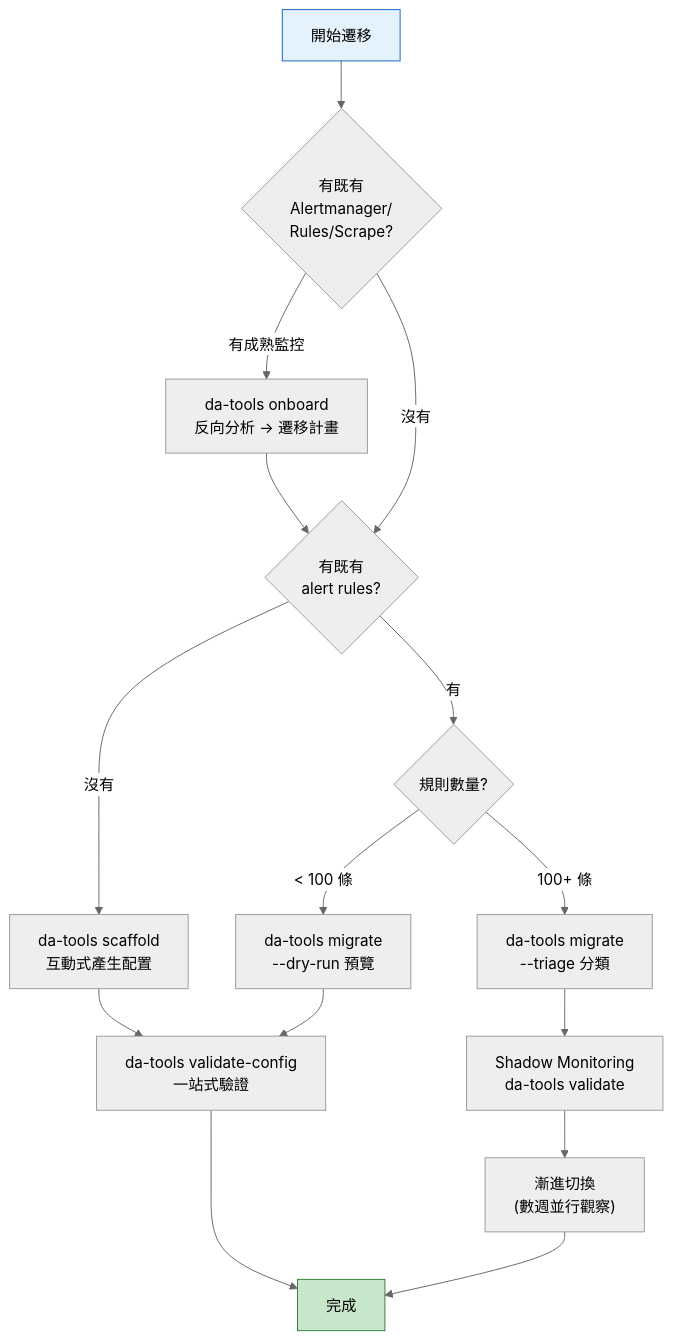
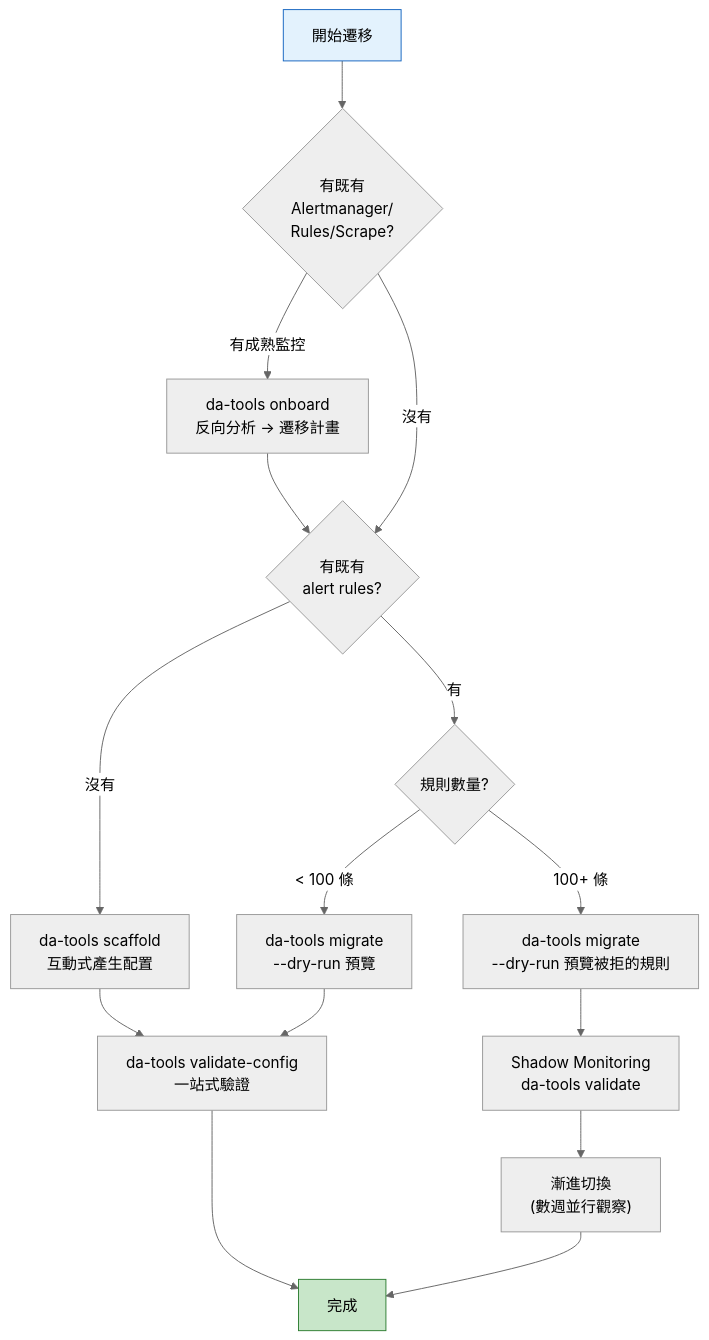
One commit to vencil/Dynamic-Alerting-Integrations changed the diagram in docs/migration-guide.md. Above: the diagram before and after it, drawn with Mermaid (neutral theme). The commit also changed other lines of this file and 90 other files, not shown here.

First line of the commit message:
feat(tools)!: migrate-rule 原樣遷移一個租戶的規則（#4226） (#4341)

````diff
--- a/docs/migration-guide.md
+++ b/docs/migration-guide.md
@@ -49,20 +49,20 @@
 ```mermaid
 flowchart TD
     Start["開始遷移"] --> Q0{"有既有<br/>Alertmanager/<br/>Rules/Scrape?"}
     Q0 -->|"有成熟監控"| S0["da-tools onboard<br/>反向分析 → 遷移計畫"]
     Q0 -->|"沒有"| Q1{"有既有<br/>alert rules?"}
     S0 --> Q1
     Q1 -->|"沒有"| S1["da-tools scaffold<br/>互動式產生配置"]
     Q1 -->|"有"| Q2{"規則數量?"}
     Q2 -->|"< 100 條"| S2["da-tools migrate<br/>--dry-run 預覽"]
-    Q2 -->|"100+ 條"| S3["da-tools migrate<br/>--triage 分類"]
+    Q2 -->|"100+ 條"| S3["da-tools migrate<br/>--dry-run 預覽被拒的規則"]
     S2 --> V["da-tools validate-config<br/>一站式驗證"]
     S3 --> S4["Shadow Monitoring<br/>da-tools validate"]
     S4 --> S5["漸進切換<br/>(數週並行觀察)"]
     S1 --> V
     V --> Done["完成"]
     S5 --> Done
 
     style Done fill:#c8e6c9,stroke:#2e7d32
     style Start fill:#e3f2fd,stroke:#1565c0
 ```
````
